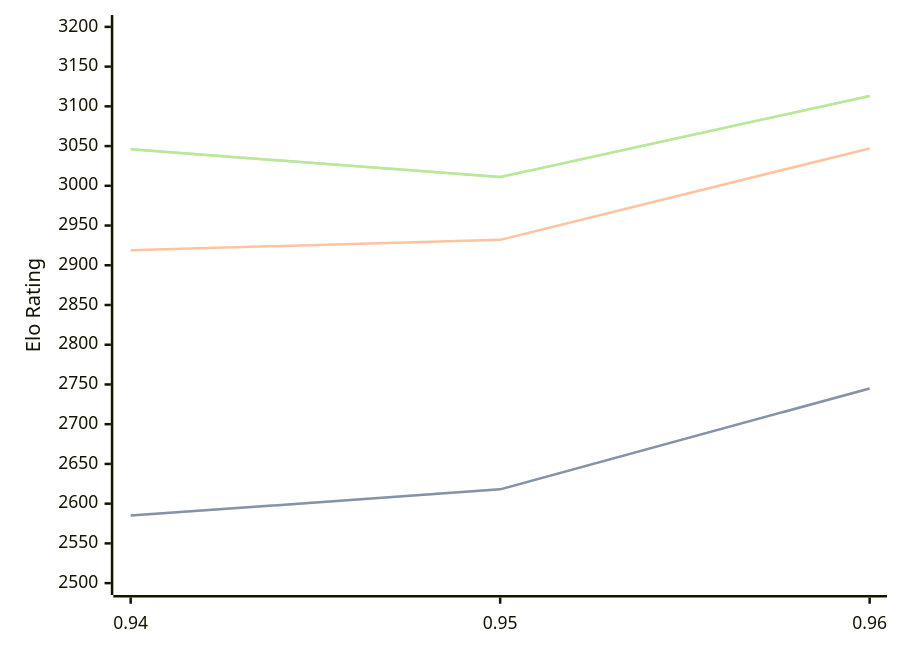
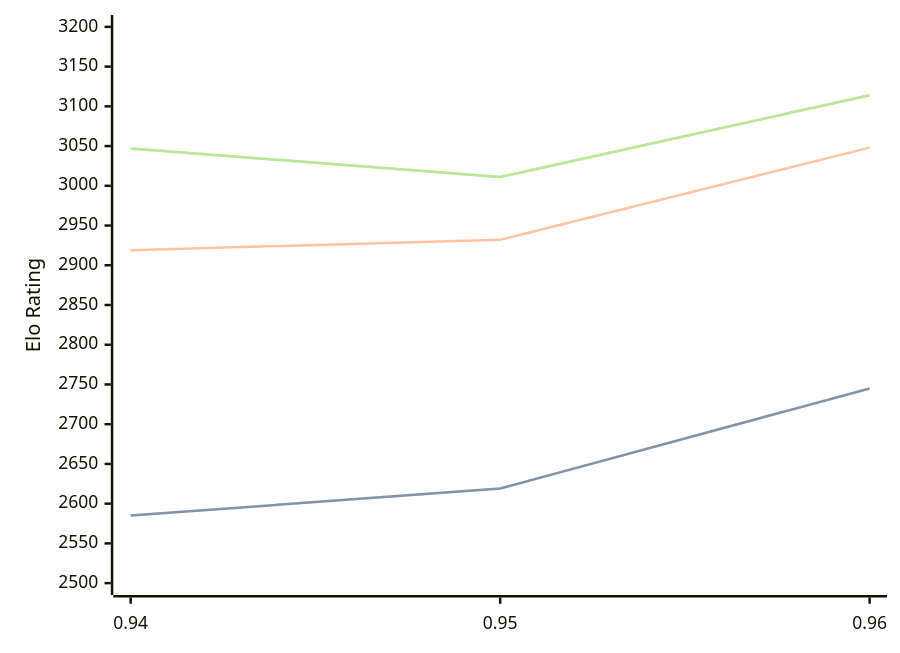
Before and after one commit to computer-chess-index/cci: the third of 3 diagrams in engines/Myrddin.md, drawn with Mermaid. The commit also changed other lines of this file, not shown here.

Commit message:
Update CCI Ratings (ELO VLTC) - 2026-07-02

````diff
--- a/engines/Myrddin.md
+++ b/engines/Myrddin.md
@@ -71,11 +71,11 @@
 ```mermaid
 %%{init: {"theme":"base","themeVariables":{"seriesColors:['#a3a3a3','#222221','#faa371']}}}%%
 xychart-beta
   x-axis ["0.94", "0.95", "0.96"]
   y-axis "Elo Rating" 2500 --> 3200
-  line "STC (8.0+0.08s)" [2585, 2618, 2745]
-  line "STC (8.0+0.08s)" [2585, 2618, 2745]
-  line "LTC (60.0+0.60s)" [2919, 2932, 3047]
-  line "VLTC (2m24s+1.12s)" [3046, 3011, 3113]
-  line "VLTC (2m24s+1.12s)" [3046, 3011, 3113]
+  line "STC (8.0+0.08s)" [2585, 2619, 2745]
+  line "STC (8.0+0.08s)" [2585, 2619, 2745]
+  line "LTC (60.0+0.60s)" [2919, 2932, 3048]
+  line "VLTC (2m24s+1.12s)" [3047, 3011, 3114]
+  line "VLTC (2m24s+1.12s)" [3047, 3011, 3114]
 ```
````
